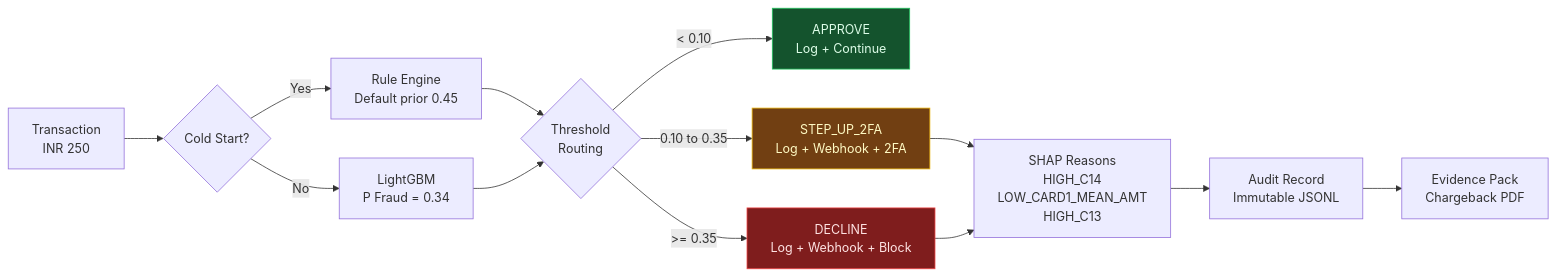
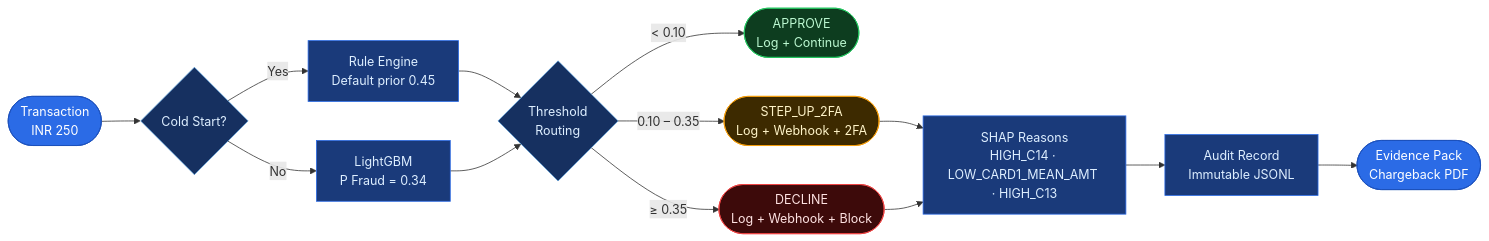
The second of 4 diagrams in README.md (IshanGain/razorpay-ai-risk-manager), drawn with Mermaid before and after one commit. The commit also changed other lines of this file, not shown here.

````diff
--- a/README.md
+++ b/README.md
@@ -114,23 +156,31 @@
 ```mermaid
 flowchart LR
-    A[Transaction\nINR 250] --> B{Cold Start?}
+    A([Transaction\nINR 250]) --> B{Cold Start?}
     B -- Yes --> C[Rule Engine\nDefault prior 0.45]
     B -- No --> D[LightGBM\nP Fraud = 0.34]
 
     C --> E{Threshold\nRouting}
     D --> E
 
-    E -- "< 0.10" --> F[APPROVE\nLog + Continue]
-    E -- "0.10 to 0.35" --> G[STEP_UP_2FA\nLog + Webhook + 2FA]
-    E -- ">= 0.35" --> H[DECLINE\nLog + Webhook + Block]
+    E -- "< 0.10" --> F([APPROVE\nLog + Continue])
+    E -- "0.10 – 0.35" --> G([STEP_UP_2FA\nLog + Webhook + 2FA])
+    E -- "≥ 0.35" --> H([DECLINE\nLog + Webhook + Block])
 
-    G --> I[SHAP Reasons\nHIGH_C14\nLOW_CARD1_MEAN_AMT\nHIGH_C13]
+    G --> I[SHAP Reasons\nHIGH_C14 · LOW_CARD1_MEAN_AMT · HIGH_C13]
     H --> I
 
     I --> J[Audit Record\nImmutable JSONL]
-    J --> K[Evidence Pack\nChargeback PDF]
+    J --> K([Evidence Pack\nChargeback PDF])
 
-    style F fill:#14532d,stroke:#22c55e,color:#dcfce7
-    style G fill:#713f12,stroke:#eab308,color:#fef9c3
-    style H fill:#7f1d1d,stroke:#ef4444,color:#fee2e2
+    style A fill:#2B6BE6,stroke:#1a4fbb,color:#ffffff
+    style B fill:#163060,stroke:#5B9BD5,color:#ddeeff
+    style C fill:#1a3a7a,stroke:#2B6BE6,color:#ddeeff
+    style D fill:#1a3a7a,stroke:#2B6BE6,color:#ddeeff
+    style E fill:#163060,stroke:#5B9BD5,color:#ddeeff
+    style F fill:#0d3d1f,stroke:#22c55e,color:#bbf7d0
+    style G fill:#3d2a00,stroke:#f59e0b,color:#fef3c7
+    style H fill:#3d0a0a,stroke:#ef4444,color:#fee2e2
+    style I fill:#1a3a7a,stroke:#2B6BE6,color:#ddeeff
+    style J fill:#1a3a7a,stroke:#2B6BE6,color:#ddeeff
+    style K fill:#2B6BE6,stroke:#1a4fbb,color:#ffffff
 ```
````
